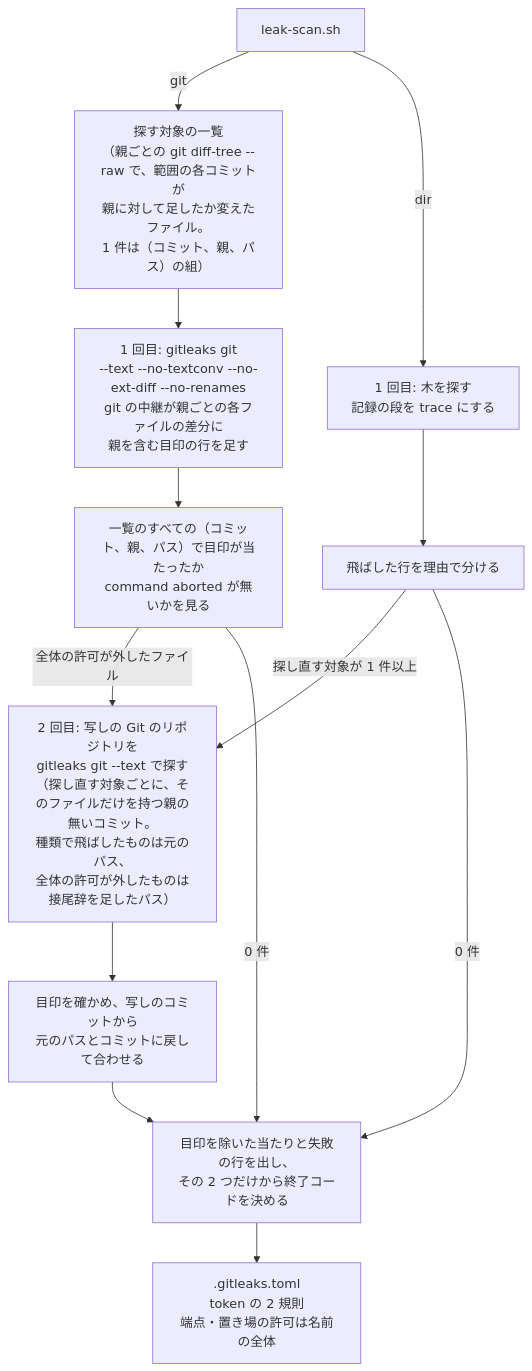
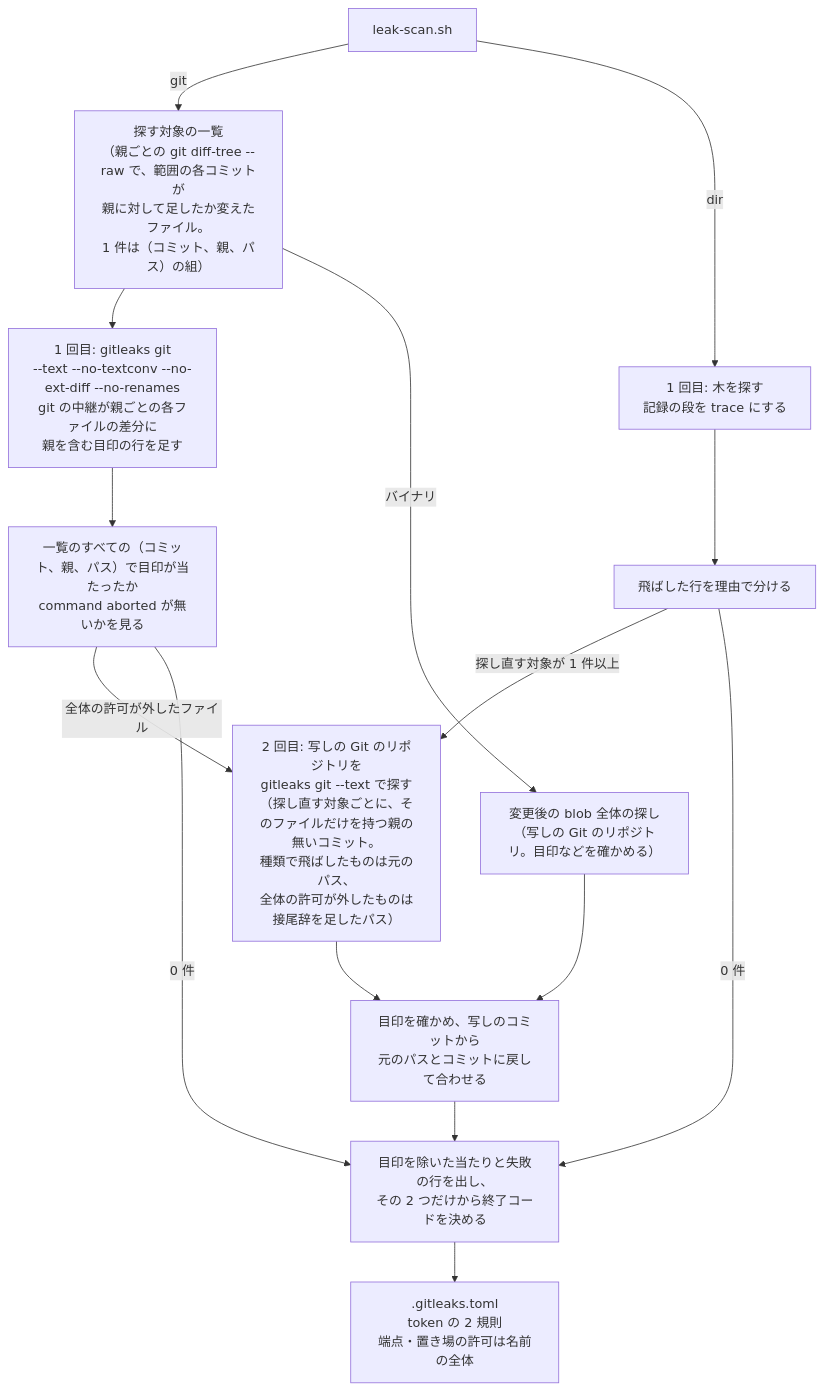
Before and after one commit to devbasex/nd-factory: the second of 3 diagrams in issues/issue-98-design.md, drawn with Mermaid. The commit also changed other lines of this file and 2 other files, not shown here.

````diff
--- a/issues/issue-98-design.md
+++ b/issues/issue-98-design.md
@@ -68,15 +68,17 @@
 ```mermaid
 flowchart TD
     scan["leak-scan.sh"] -->|git| list["探す対象の一覧<br/>（親ごとの git diff-tree --raw で、範囲の各コミットが<br/>親に対して足したか変えたファイル。<br/>1 件は（コミット、親、パス）の組）"]
     list --> ggit["1 回目: gitleaks git<br/>--text --no-textconv --no-ext-diff --no-renames<br/>git の中継が親ごとの各ファイルの差分に<br/>親を含む目印の行を足す"]
     ggit --> gchk["一覧のすべての（コミット、親、パス）で目印が当たったか<br/>command aborted が無いかを見る"]
     scan -->|dir| p1["1 回目: 木を探す<br/>記録の段を trace にする"]
     p1 --> pick["飛ばした行を理由で分ける"]
     gchk -->|全体の許可が外したファイル| p2
+    list -->|バイナリ| blob["変更後の blob 全体の探し<br/>（写しの Git のリポジトリ。目印などを確かめる）"]
+    blob --> merge
     pick -->|探し直す対象が 1 件以上| p2["2 回目: 写しの Git のリポジトリを<br/>gitleaks git --text で探す<br/>（探し直す対象ごとに、そのファイルだけを持つ親の無いコミット。<br/>種類で飛ばしたものは元のパス、<br/>全体の許可が外したものは接尾辞を足したパス）"]
     p2 --> merge["目印を確かめ、写しのコミットから<br/>元のパスとコミットに戻して合わせる"]
     pick -->|0 件| out["目印を除いた当たりと失敗の行を出し、<br/>その 2 つだけから終了コードを決める"]
     gchk -->|0 件| out
     merge --> out
     out --> rules[".gitleaks.toml<br/>token の 2 規則<br/>端点・置き場の許可は名前の全体"]
 ```
````
